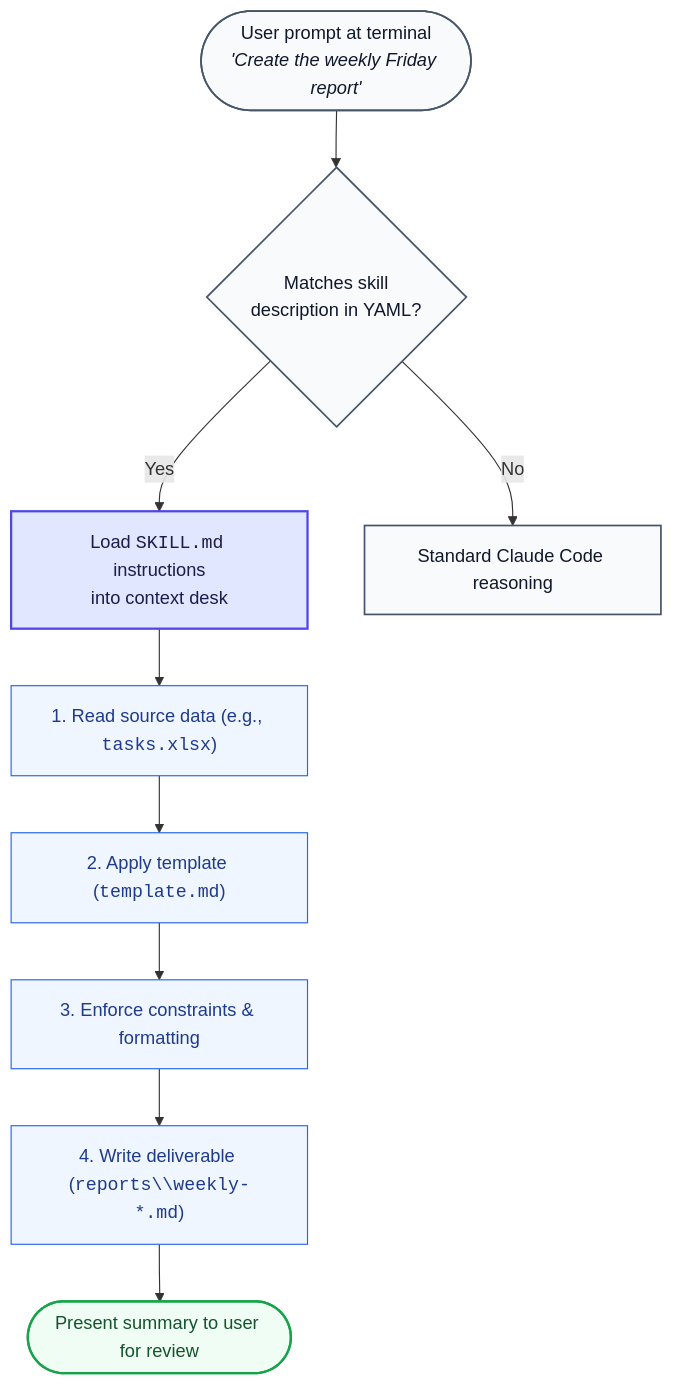
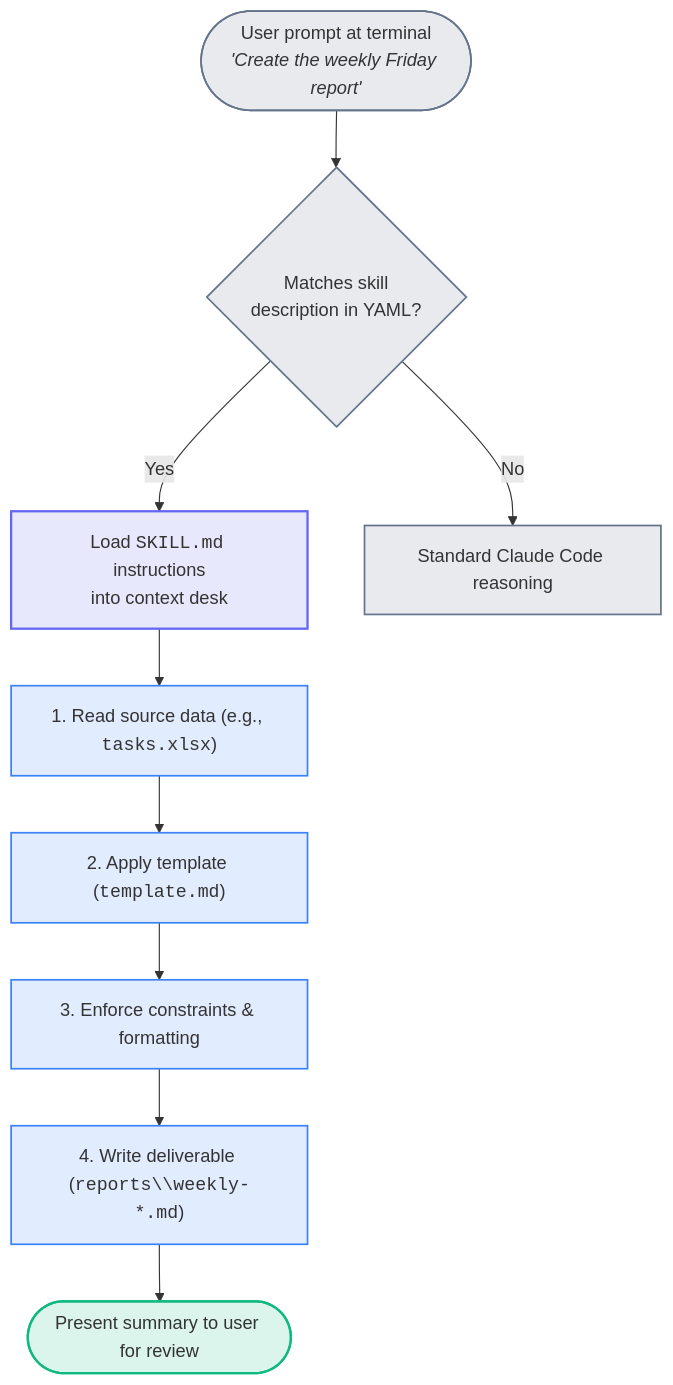
The diagram in docs/foundations/part-b/module-10-skills.md (Sharath-B-7/AI-Learning), drawn with Mermaid before and after one commit. The commit also changed 10 other files, not shown here.

````diff
--- a/docs/foundations/part-b/module-10-skills.md
+++ b/docs/foundations/part-b/module-10-skills.md
@@ -50,22 +50,22 @@
 ```mermaid
 flowchart TD
     UserReq(["User prompt at terminal<br/><i>'Create the weekly Friday report'</i>"]) --> Match{"Matches skill<br/>description in YAML?"}
     
     Match -- "Yes" --> Load["Load <code>SKILL.md</code> instructions<br/>into context desk"]
     Match -- "No" --> Standard["Standard Claude Code reasoning"]
     
     Load --> Step1["1. Read source data (e.g., <code>tasks.xlsx</code>)"]
     Step1 --> Step2["2. Apply template (<code>template.md</code>)"]
     Step2 --> Step3["3. Enforce constraints & formatting"]
     Step3 --> Step4["4. Write deliverable (<code>reports\\weekly-*.md</code>)"]
     Step4 --> Deliver(["Present summary to user for review"])
 
-    classDef startNode fill:#f8fafc,stroke:#475569,stroke-width:1.5px,color:#0f172a;
-    classDef loadNode fill:#e0e7ff,stroke:#4f46e5,stroke-width:2px,color:#1e1b4b;
-    classDef execNode fill:#eff6ff,stroke:#2563eb,stroke-width:1px,color:#1e3a8a;
-    classDef doneNode fill:#f0fdf4,stroke:#16a34a,stroke-width:2px,color:#14532d;
+    classDef startNode fill:#64748b26,stroke:#64748b,stroke-width:1.5px;
+    classDef loadNode fill:#6366f126,stroke:#6366f1,stroke-width:2px;
+    classDef execNode fill:#3b82f626,stroke:#3b82f6,stroke-width:1.5px;
+    classDef doneNode fill:#10b98126,stroke:#10b981,stroke-width:2px;
     class UserReq,Match,Standard startNode;
     class Load loadNode;
     class Step1,Step2,Step3,Step4 execNode;
     class Deliver doneNode;
 ```
````
